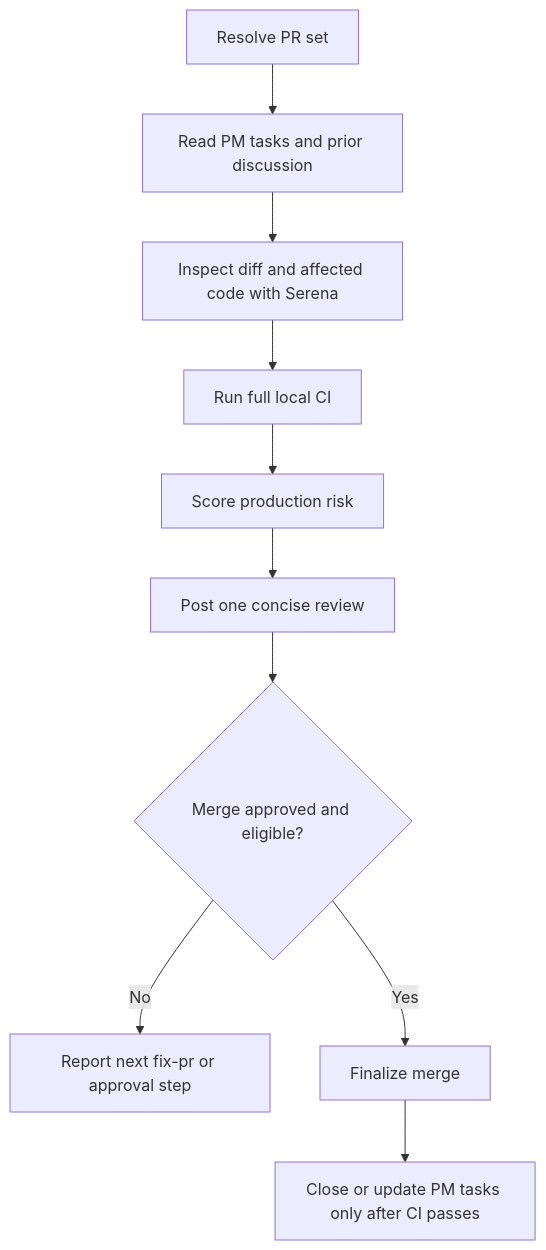
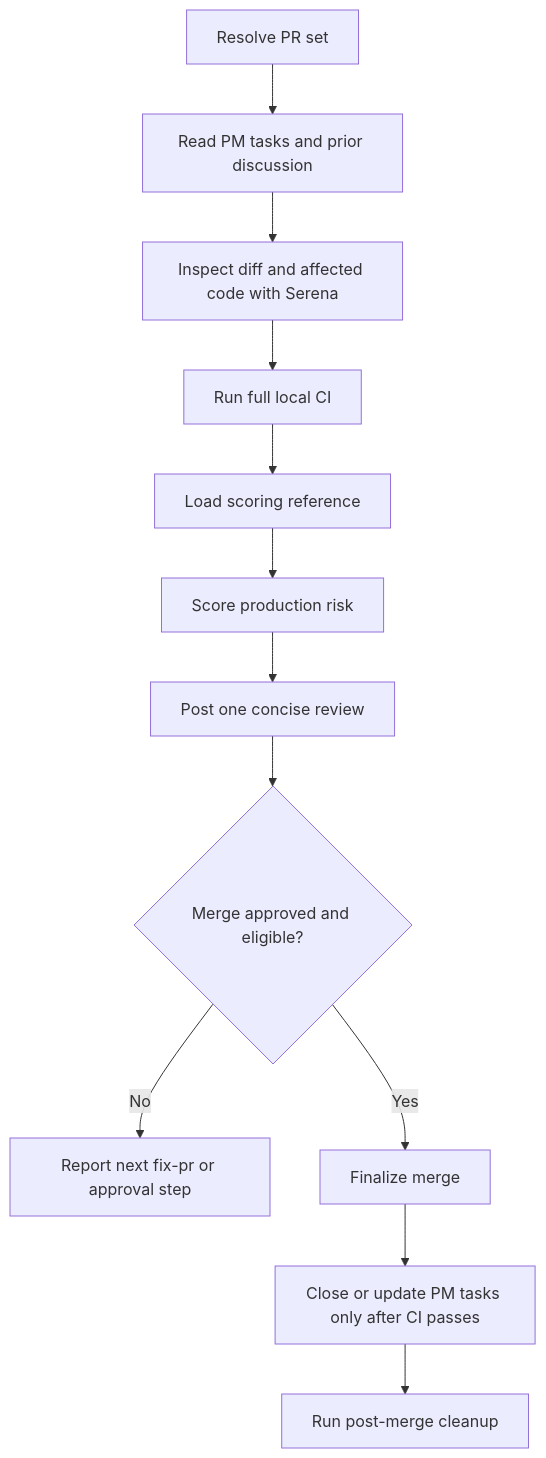
The diagram in skills/review-pr/SKILL.md (mvagnon/plan-based-agentic-workflow), drawn with Mermaid before and after one commit. The commit also changed other lines of this file and 4 other files, not shown here.

Commit message:
Update review-pr scoring and post-merge cleanup

````diff
--- a/skills/review-pr/SKILL.md
+++ b/skills/review-pr/SKILL.md
@@ -23,12 +23,14 @@
 ```mermaid
 flowchart TD
   A[Resolve PR set] --> B[Read PM tasks and prior discussion]
   B --> C[Inspect diff and affected code with Serena]
   C --> D[Run full local CI]
-  D --> E[Score production risk]
-  E --> F[Post one concise review]
-  F --> G{Merge approved and eligible?}
+  D --> E[Load scoring reference]
+  E --> F[Score production risk]
+  F --> L[Post one concise review]
+  L --> G{Merge approved and eligible?}
   G -->|No| H[Report next fix-pr or approval step]
   G -->|Yes| I[Finalize merge]
   I --> J[Close or update PM tasks only after CI passes]
+  J --> K[Run post-merge cleanup]
 ```
````
